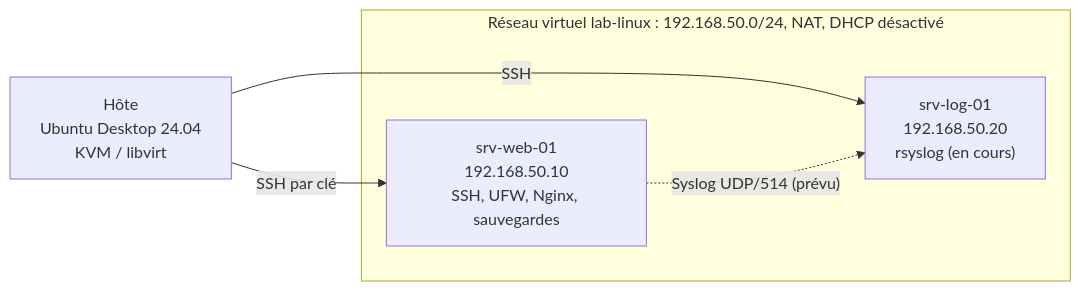
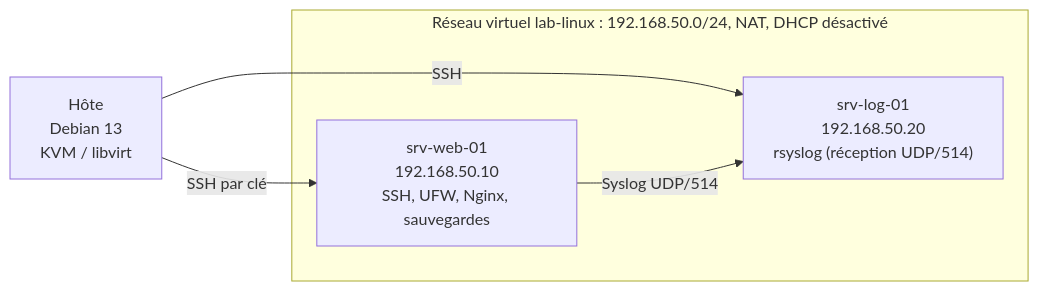
Before and after one commit to Amos-Houagbeme/ubuntu-server-administration: the diagram in README.md, drawn with Mermaid. The commit also changed other lines of this file and 21 other files, not shown here.

````diff
--- a/README.md
+++ b/README.md
@@ -25,11 +27,11 @@
 ```mermaid
 flowchart LR
-    H["Hôte<br/>Ubuntu Desktop 24.04<br/>KVM / libvirt"]
+    H["Hôte<br/>Debian 13<br/>KVM / libvirt"]
     subgraph NET["Réseau virtuel lab-linux : 192.168.50.0/24, NAT, DHCP désactivé"]
         W["srv-web-01<br/>192.168.50.10<br/>SSH, UFW, Nginx, sauvegardes"]
-        L["srv-log-01<br/>192.168.50.20<br/>rsyslog (en cours)"]
+        L["srv-log-01<br/>192.168.50.20<br/>rsyslog (réception UDP/514)"]
     end
     H -->|"SSH par clé"| W
     H -->|"SSH"| L
-    W -.->|"Syslog UDP/514 (prévu)"| L
+    W -->|"Syslog UDP/514"| L
 ```
````
